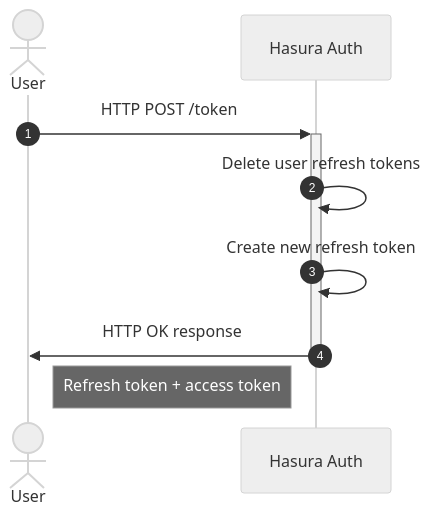
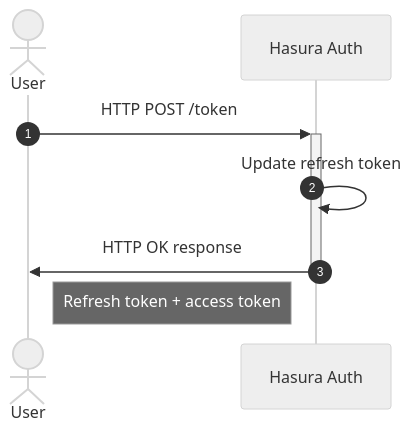
One commit to nhost/hasura-auth changed the diagram in docs/workflows/refresh-token.md. Above: the diagram before and after it, drawn with Mermaid (neutral theme). The commit also changed 8 other files, not shown here.

Commit message:
refactor: reduce db calls with RefreshTokenAndGetUserRoles query

````diff
--- a/docs/workflows/refresh-token.md
+++ b/docs/workflows/refresh-token.md
@@ -3,11 +3,10 @@
 ```mermaid
 sequenceDiagram
 	autonumber
 	actor U as User
 	participant A as Hasura Auth
 	U->>+A: HTTP POST /token
-	A->>A: Delete user refresh tokens
-	A->>A: Create new refresh token
+	A->>A: Update refresh token
 	A->>-U: HTTP OK response
 	Note left of A: Refresh token + access token
 ```
````
